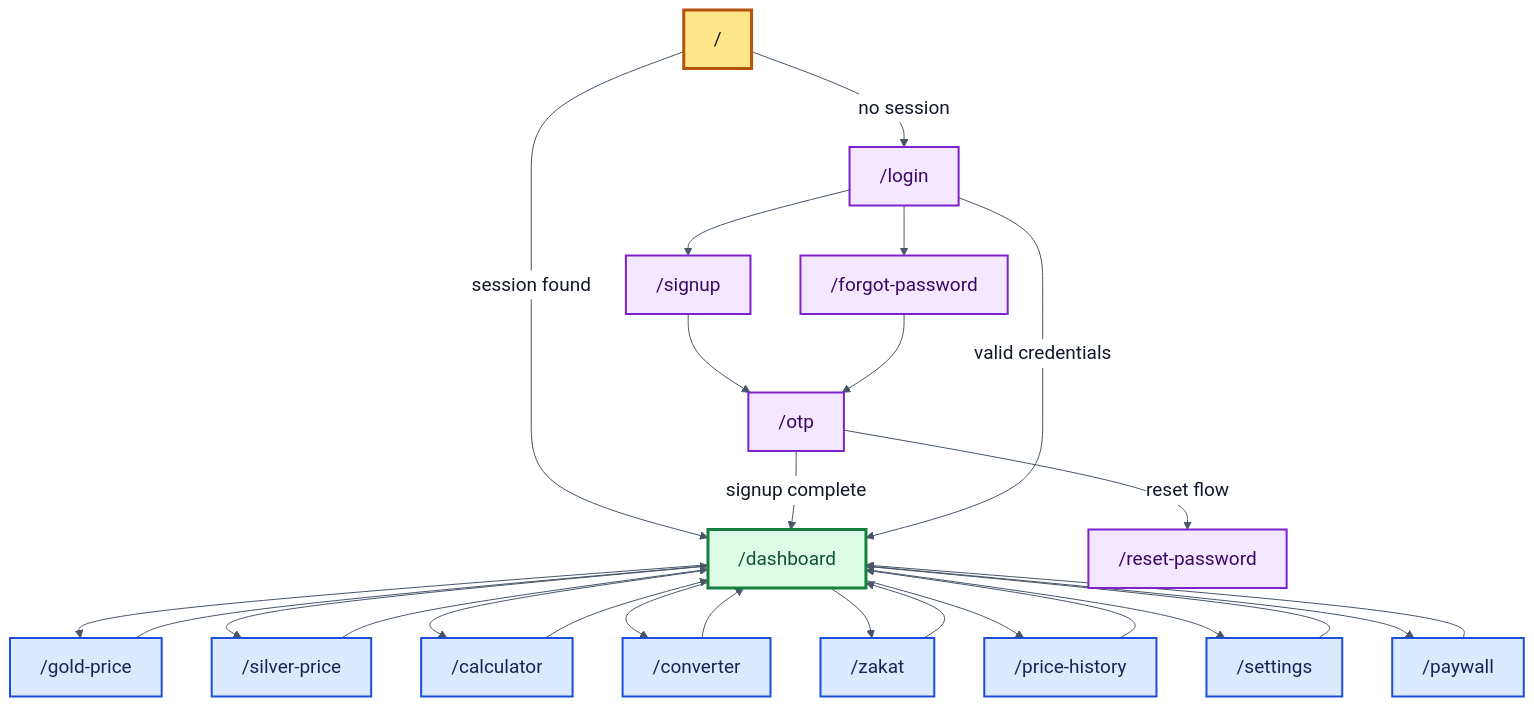
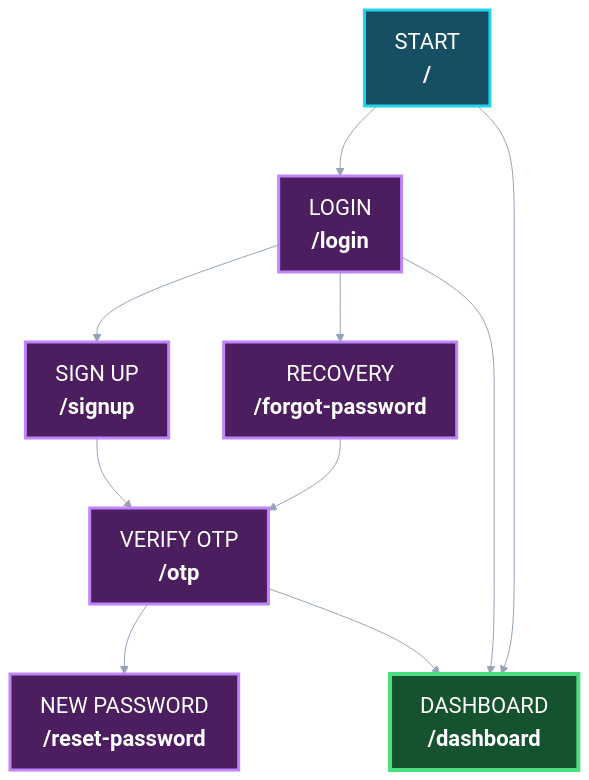
One commit to Rihabz1/Swarnakar changed the third of 8 diagrams in README.md. Above: the diagram before and after it, drawn with Mermaid. The commit also changed other lines of this file and 32 other files, not shown here.

```diff
--- a/README.md
+++ b/README.md
@@ -228,40 +245,28 @@
 ~~~mermaid
-%%{init: {"theme":"base","themeVariables":{"darkMode":false,"background":"#FFFFFF","fontSize":"19px","fontFamily":"Arial","textColor":"#111827","primaryColor":"#DBEAFE","primaryTextColor":"#111827","primaryBorderColor":"#1D4ED8","secondaryTextColor":"#111827","tertiaryTextColor":"#111827","lineColor":"#475569","edgeLabelBackground":"#FFFFFF","clusterBkg":"#F8FAFC","clusterBorder":"#94A3B8","clusterTextColor":"#111827","titleColor":"#111827"}}}%%
+%%{init: {"theme":"base","flowchart":{"curve":"basis","nodeSpacing":55,"rankSpacing":70},"themeVariables":{"background":"#0D1117","fontSize":"22px","fontFamily":"Arial","primaryTextColor":"#F8FAFC","secondaryTextColor":"#F8FAFC","tertiaryTextColor":"#F8FAFC","lineColor":"#94A3B8","edgeLabelBackground":"#111827","clusterBkg":"#0F172A","clusterBorder":"#475569","clusterTextColor":"#F8FAFC"}}}%%
 flowchart TB
-    Splash["/"] -->|session found| Dashboard["/dashboard"]
-    Splash -->|no session| Login["/login"]
-    Login --> Signup["/signup"]
-    Login --> Forgot["/forgot-password"]
-    Signup --> OTP["/otp"]
+    Splash["START<br/><b>/</b>"]
+    Login["LOGIN<br/><b>/login</b>"]
+    Signup["SIGN UP<br/><b>/signup</b>"]
+    Forgot["RECOVERY<br/><b>/forgot-password</b>"]
+    OTP["VERIFY OTP<br/><b>/otp</b>"]
+    Reset["NEW PASSWORD<br/><b>/reset-password</b>"]
+    Home["DASHBOARD<br/><b>/dashboard</b>"]
+
+    Splash --> Login
+    Splash --> Home
+    Login --> Signup
+    Login --> Forgot
+    Signup --> OTP
     Forgot --> OTP
-    OTP -->|reset flow| Reset["/reset-password"]
-    OTP -->|signup complete| Dashboard
-    Login -->|valid credentials| Dashboard
+    OTP --> Reset
+    OTP --> Home
+    Login --> Home
 
-    Dashboard --> Gold["/gold-price"]
-    Dashboard --> Silver["/silver-price"]
-    Dashboard --> Calc["/calculator"]
-    Dashboard --> Convert["/converter"]
-    Dashboard --> Zakat["/zakat"]
-    Dashboard --> History["/price-history"]
-    Dashboard --> Settings["/settings"]
-    Dashboard --> Paywall["/paywall"]
-
-    Gold --> Dashboard
-    Silver --> Dashboard
-    Calc --> Dashboard
-    Convert --> Dashboard
-    Zakat --> Dashboard
-    History --> Dashboard
-    Settings --> Dashboard
-    Paywall --> Dashboard
-
-    classDef entry fill:#FDE68A,stroke:#B45309,color:#111827,stroke-width:3px;
-    classDef auth fill:#F3E8FF,stroke:#7E22CE,color:#3B0764,stroke-width:2px;
-    classDef home fill:#DCFCE7,stroke:#15803D,color:#14532D,stroke-width:3px;
-    classDef feature fill:#DBEAFE,stroke:#1D4ED8,color:#172554,stroke-width:2px;
-    class Splash entry;
+    classDef start fill:#164E63,stroke:#22D3EE,color:#FFFFFF,stroke-width:3px;
+    classDef auth fill:#4C1D5F,stroke:#C084FC,color:#FFFFFF,stroke-width:3px;
+    classDef success fill:#14532D,stroke:#4ADE80,color:#FFFFFF,stroke-width:4px;
+    class Splash start;
     class Login,Signup,Forgot,OTP,Reset auth;
-    class Dashboard home;
-    class Gold,Silver,Calc,Convert,Zakat,History,Settings,Paywall feature;
+    class Home success;
 ~~~
```
